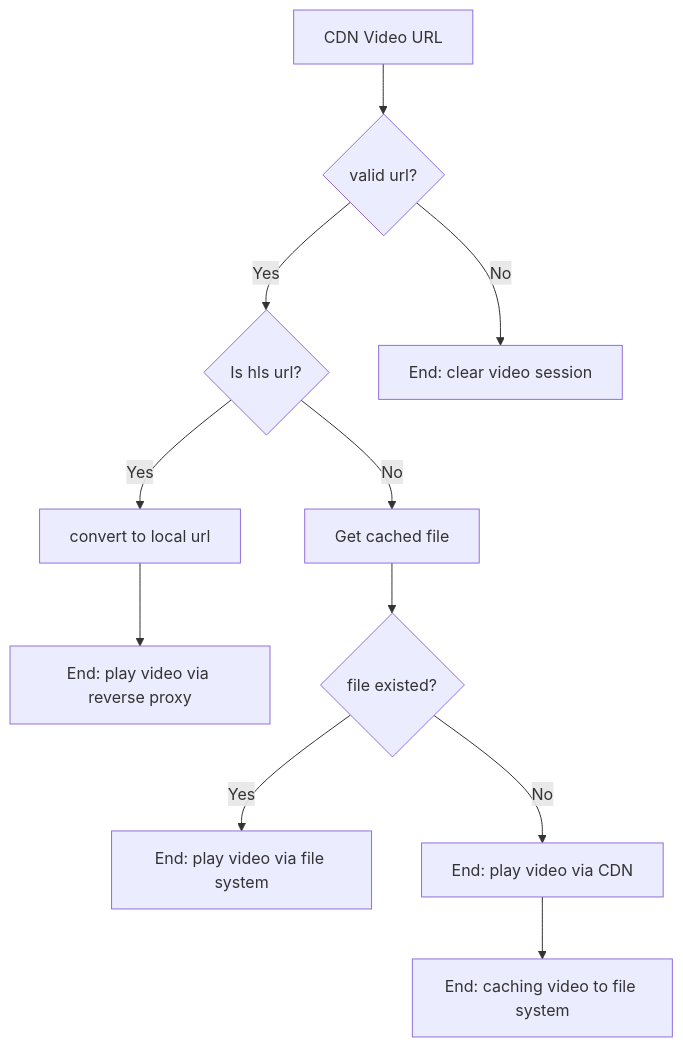
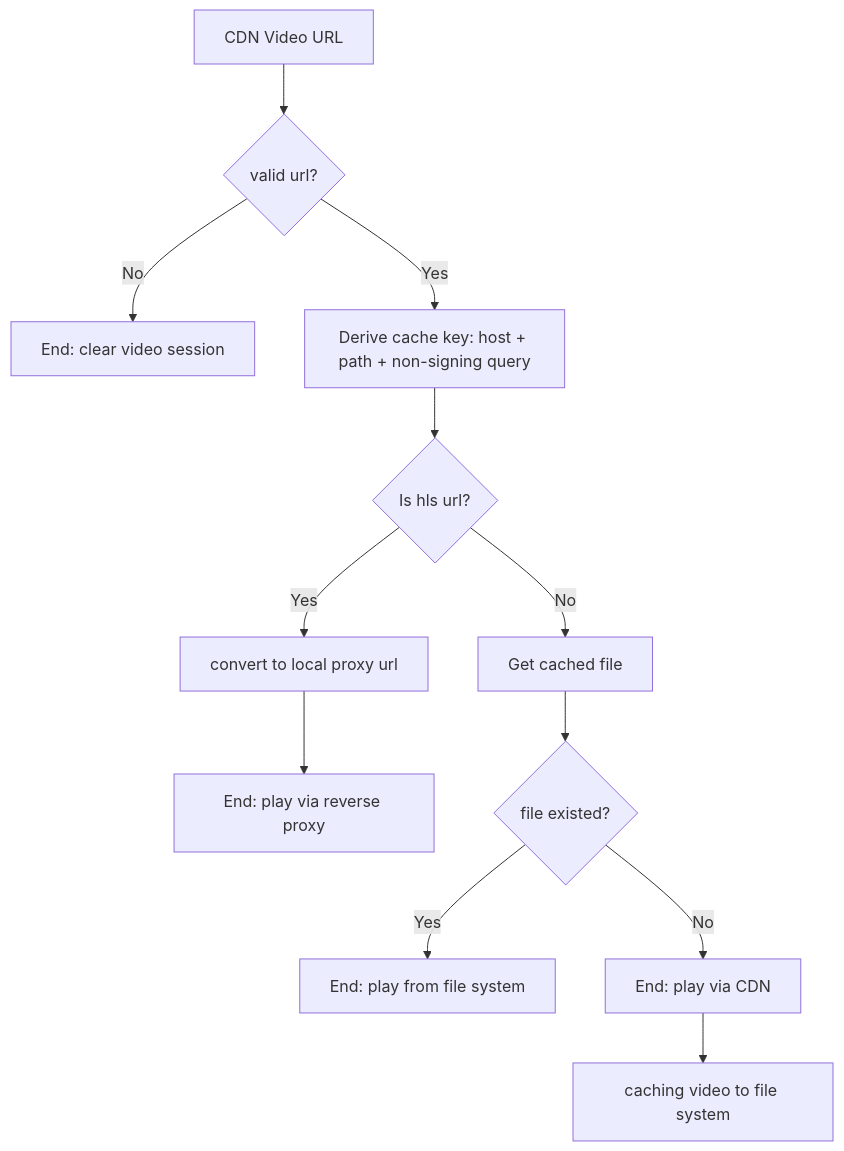
Before and after one commit to nguyenvanphituoc/react-native-cache-video: the first of 3 diagrams in README.md, drawn with Mermaid. The commit also changed other lines of this file and 2 other files, not shown here.

First line of the commit message:
chore(release): 0.5.0 — HLS cache policy, signed URLs, list pre-caching, byte-range

````diff
--- a/README.md
+++ b/README.md
@@ -181,13 +288,14 @@
 ```mermaid
 graph TD
     A[CDN Video URL] --> B{valid url?}
-    B -->|Yes| C{Is hls url?}
     B -->|No| L[End: clear video session]
-    C -->|Yes| D[convert to local url]
-    D --> E[End: play video via reverse proxy]
+    B -->|Yes| K[Derive cache key: host + path + non-signing query]
+    K --> C{Is hls url?}
+    C -->|Yes| D[convert to local proxy url]
+    D --> E[End: play via reverse proxy]
     C -->|No| F[Get cached file]
     F --> G{file existed?}
-    G -->|Yes| H[End: play video via file system]
-    G -->|No| I[End: play video via CDN]
-    I --> J[End: caching video to file system]
+    G -->|Yes| H[End: play from file system]
+    G -->|No| I[End: play via CDN]
+    I --> J[caching video to file system]
 ```
````
